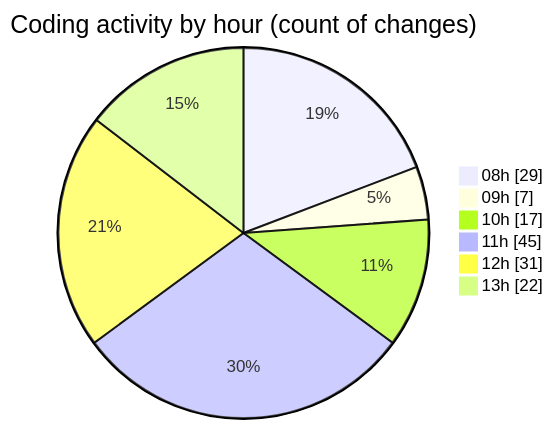
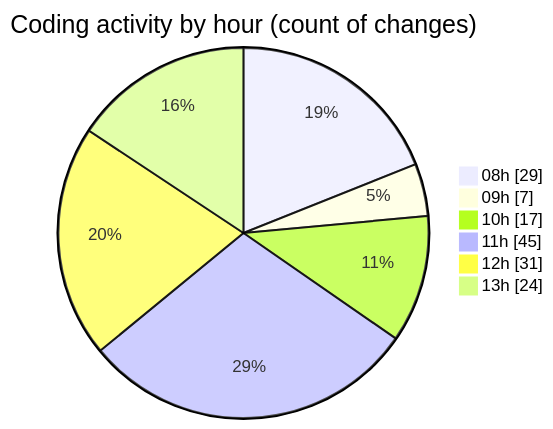
The second of 2 diagrams in 2025-04-09/cda/README.md (momahboobian/code-tracking), drawn with Mermaid before and after one commit. The commit also changed other lines of this file and 1 other file, not shown here.

````diff
--- a/2025-04-09/cda/README.md
+++ b/2025-04-09/cda/README.md
@@ -54,10 +54,10 @@
 ```mermaid
 pie showData
 title Coding activity by hour (count of changes)
 "08h" : 29
 "09h" : 7
 "10h" : 17
 "11h" : 45
 "12h" : 31
-"13h" : 22
+"13h" : 24
 ```
````
